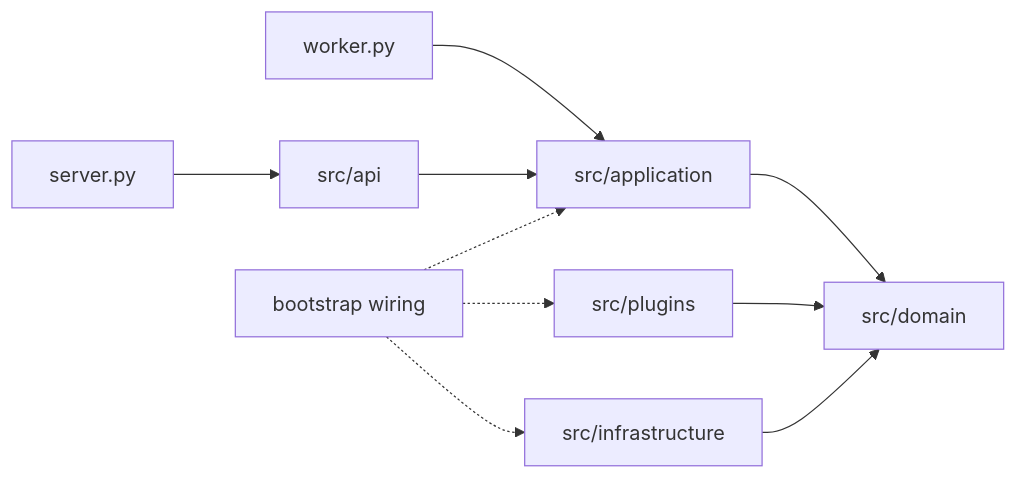
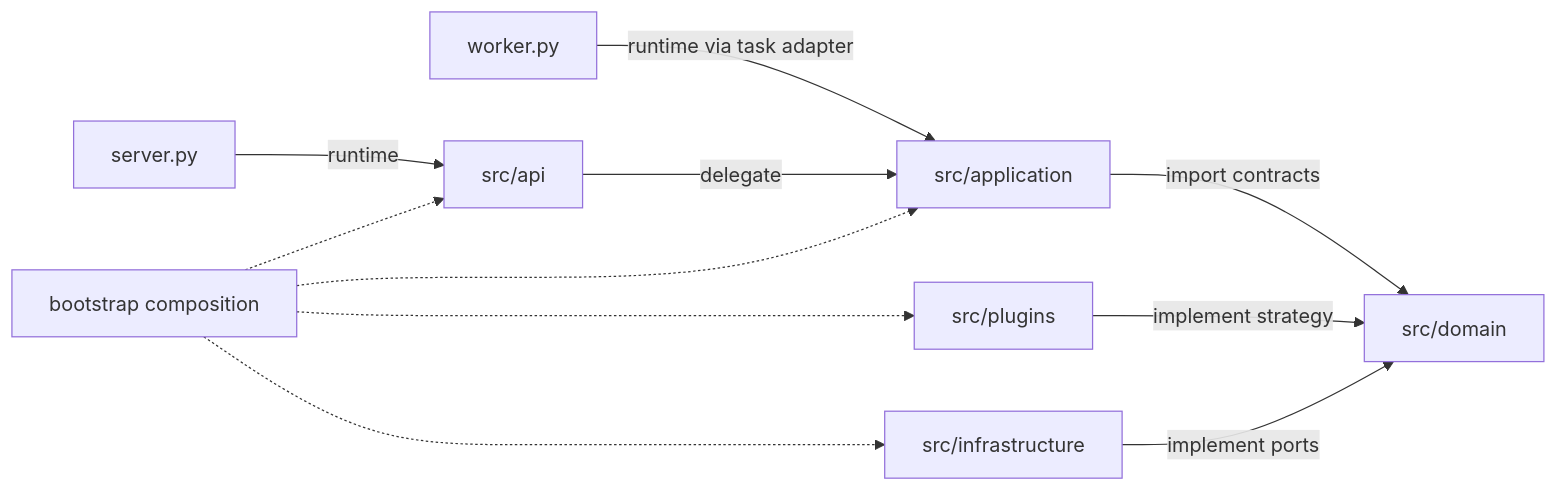
One commit to PenHsuanWang/python-backend-server-template changed the diagram in docs/architecture.md. Above: the diagram before and after it, drawn with Mermaid. The commit also changed other lines of this file and 40 other files, not shown here.

````diff
--- a/docs/architecture.md
+++ b/docs/architecture.md
@@ -5,12 +21,13 @@
 ```mermaid
 flowchart LR
-    Server[server.py] --> API[src/api]
-    Worker[worker.py] --> App[src/application]
-    API --> App
-    App --> Domain[src/domain]
-    Plugins[src/plugins] --> Domain
-    Infra[src/infrastructure] --> Domain
-    Root[bootstrap wiring] -.-> App
+    Server[server.py] -->|runtime| API[src/api]
+    Worker[worker.py] -->|runtime via task adapter| App[src/application]
+    API -->|delegate| App
+    App -->|import contracts| Domain[src/domain]
+    Plugins[src/plugins] -->|implement strategy| Domain
+    Infra[src/infrastructure] -->|implement ports| Domain
+    Root[bootstrap composition] -.-> API
+    Root -.-> App
     Root -.-> Plugins
     Root -.-> Infra
 ```
````
